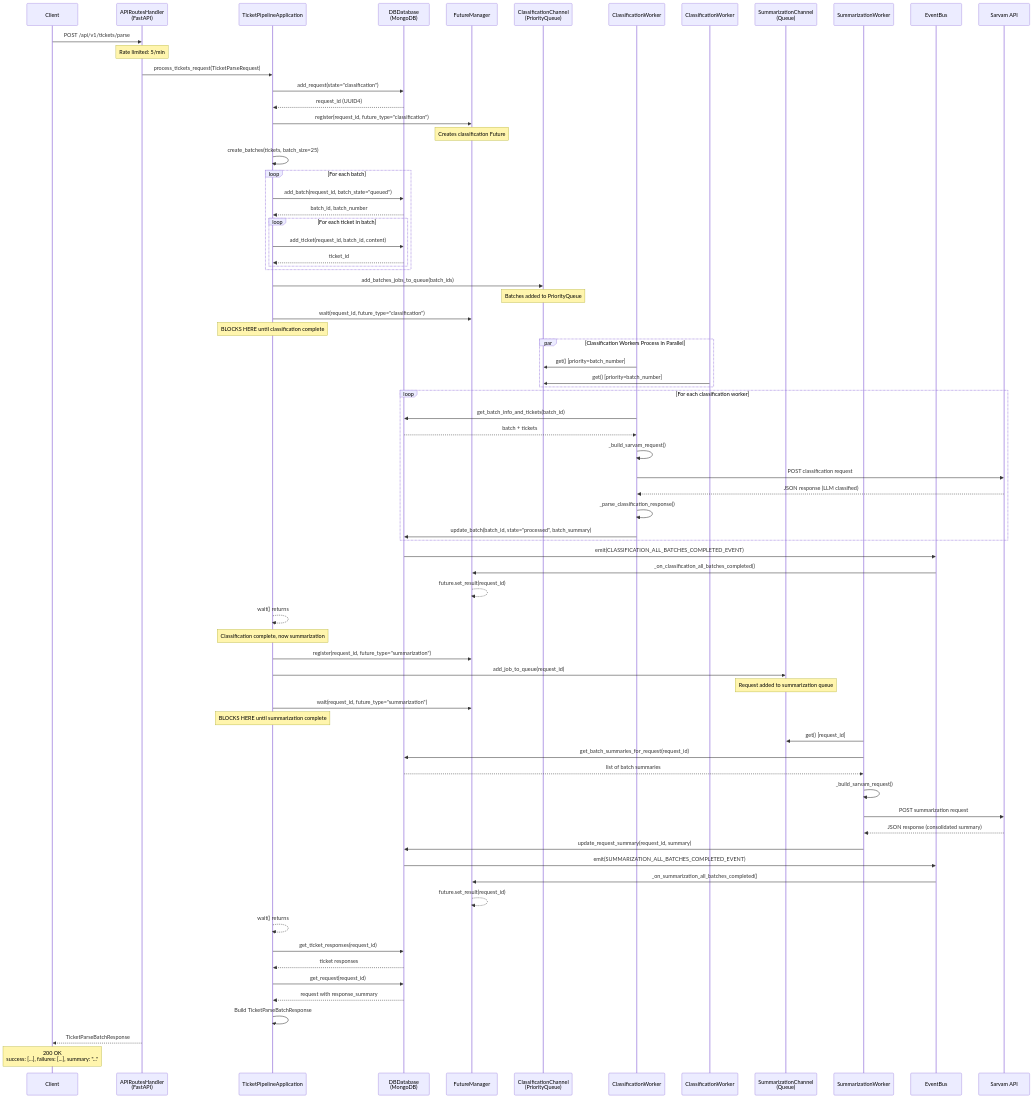
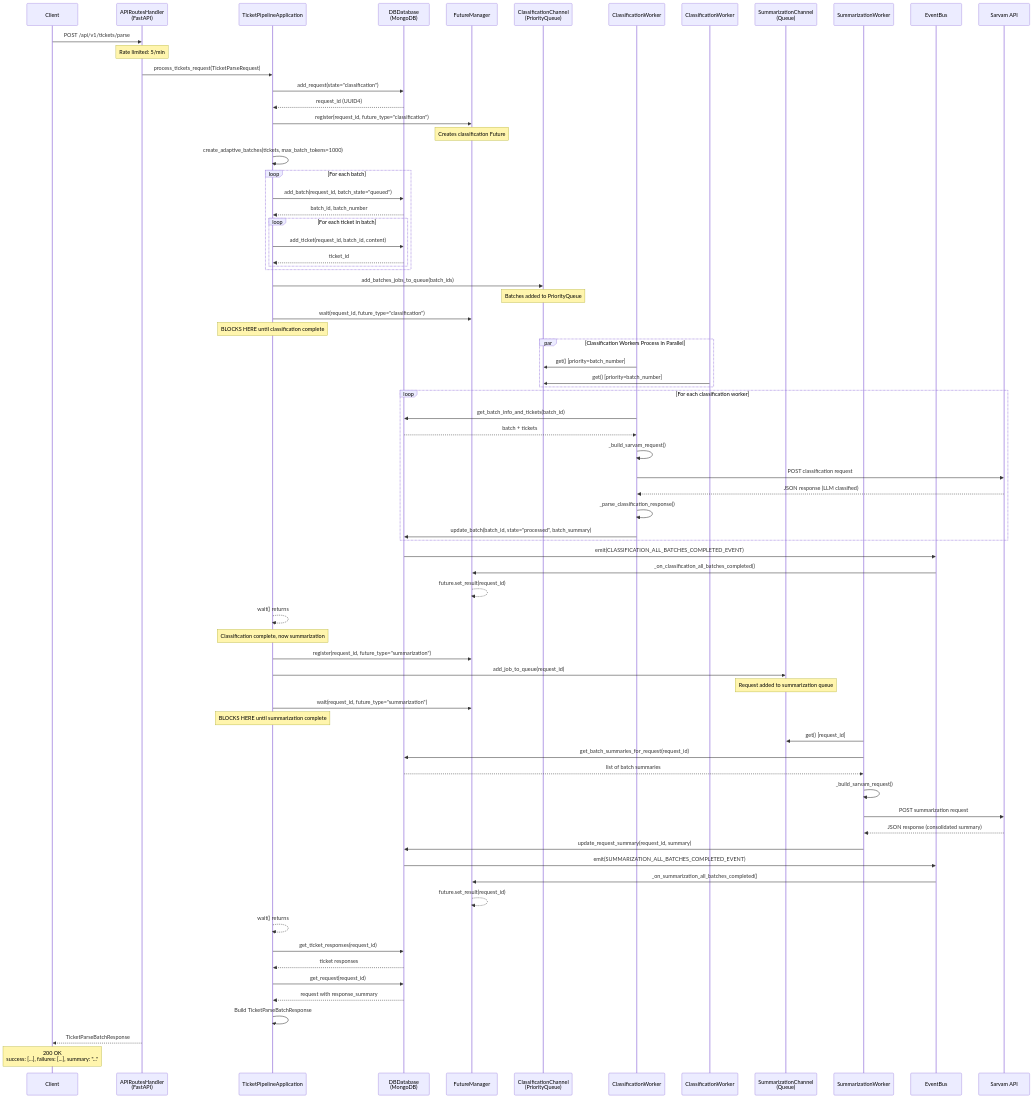
One commit to Nicky9319/sarvam_code changed the first of 6 diagrams in docs/PARSE_REQUEST_FLOW.md. Above: the diagram before and after it, drawn with Mermaid. The commit also changed other lines of this file and 36 other files, not shown here.

```diff
--- a/docs/PARSE_REQUEST_FLOW.md
+++ b/docs/PARSE_REQUEST_FLOW.md
@@ -42,7 +42,7 @@
     App->>FM: register(request_id, future_type="classification")
     Note over FM: Creates classification Future
 
-    App->>App: create_batches(tickets, batch_size=25)
+    App->>App: create_adaptive_batches(tickets, max_batch_tokens=1000)
 
     loop For each batch
         App->>DB: add_batch(request_id, batch_state="queued")
```
